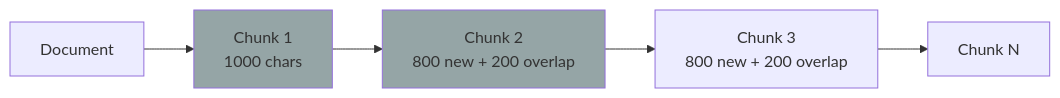
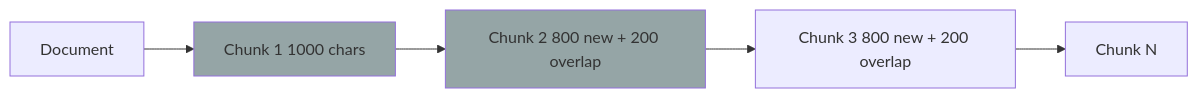
Before and after one commit to softwarewrighter/rag-demo: the fifth of 6 diagrams in wiki/Chunking-Strategies.md, drawn with Mermaid. The commit also changed other lines of this file and 7 other files, not shown here.

````diff
--- a/wiki/Chunking-Strategies.md
+++ b/wiki/Chunking-Strategies.md
@@ -286,10 +286,10 @@
 ```mermaid
 flowchart LR
-    Doc[Document] --> C1[Chunk 1<br/>1000 chars]
-    C1 --> C2[Chunk 2<br/>800 new + 200 overlap]
-    C2 --> C3[Chunk 3<br/>800 new + 200 overlap]
+    Doc[Document] --> C1[Chunk 1 1000 chars]
+    C1 --> C2[Chunk 2 800 new + 200 overlap]
+    C2 --> C3[Chunk 3 800 new + 200 overlap]
     C3 --> CN[Chunk N]
 
     style C1 fill:#95a5a6
     style C2 fill:#95a5a6
 ```
````
